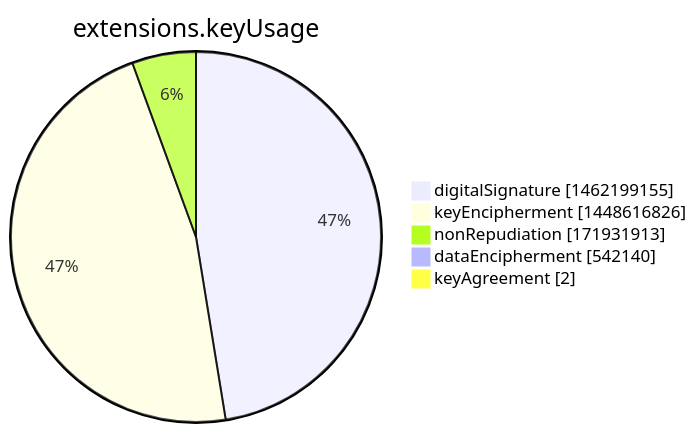
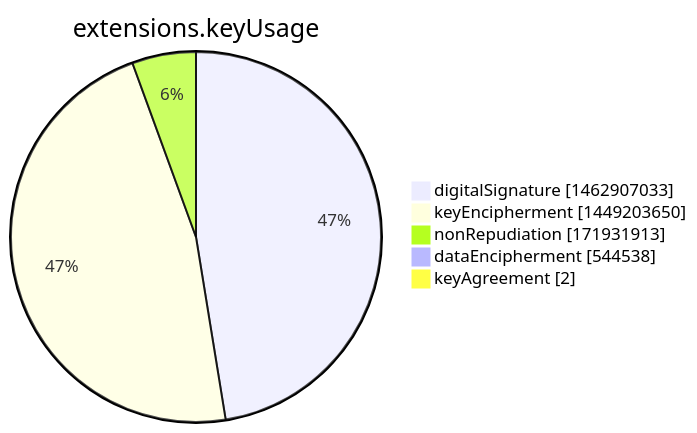
The seventh of 15 diagrams in argon2022/README.md (christiankrug/ctmonitor_visualization), drawn with Mermaid before and after one commit. The commit also changed other lines of this file, not shown here.

````diff
--- a/argon2022/README.md
+++ b/argon2022/README.md
@@ -2751,9 +2751,9 @@
 ```mermaid
 pie showData
 title extensions.keyUsage
-"digitalSignature" :1462199155
-"keyEncipherment" :1448616826
+"digitalSignature" :1462907033
+"keyEncipherment" :1449203650
 "nonRepudiation" :171931913
-"dataEncipherment" :542140
+"dataEncipherment" :544538
 "keyAgreement" :2
 ```
````
